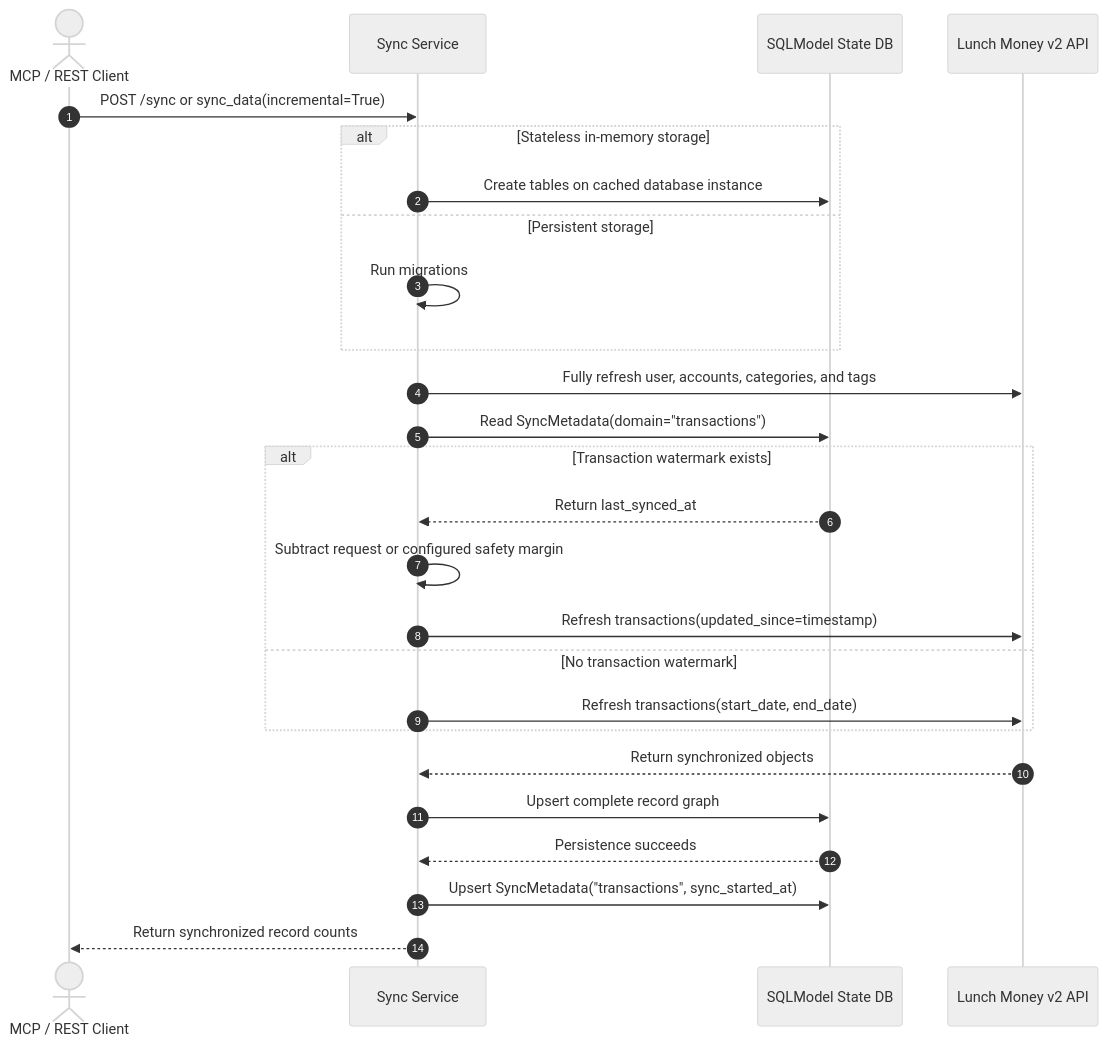
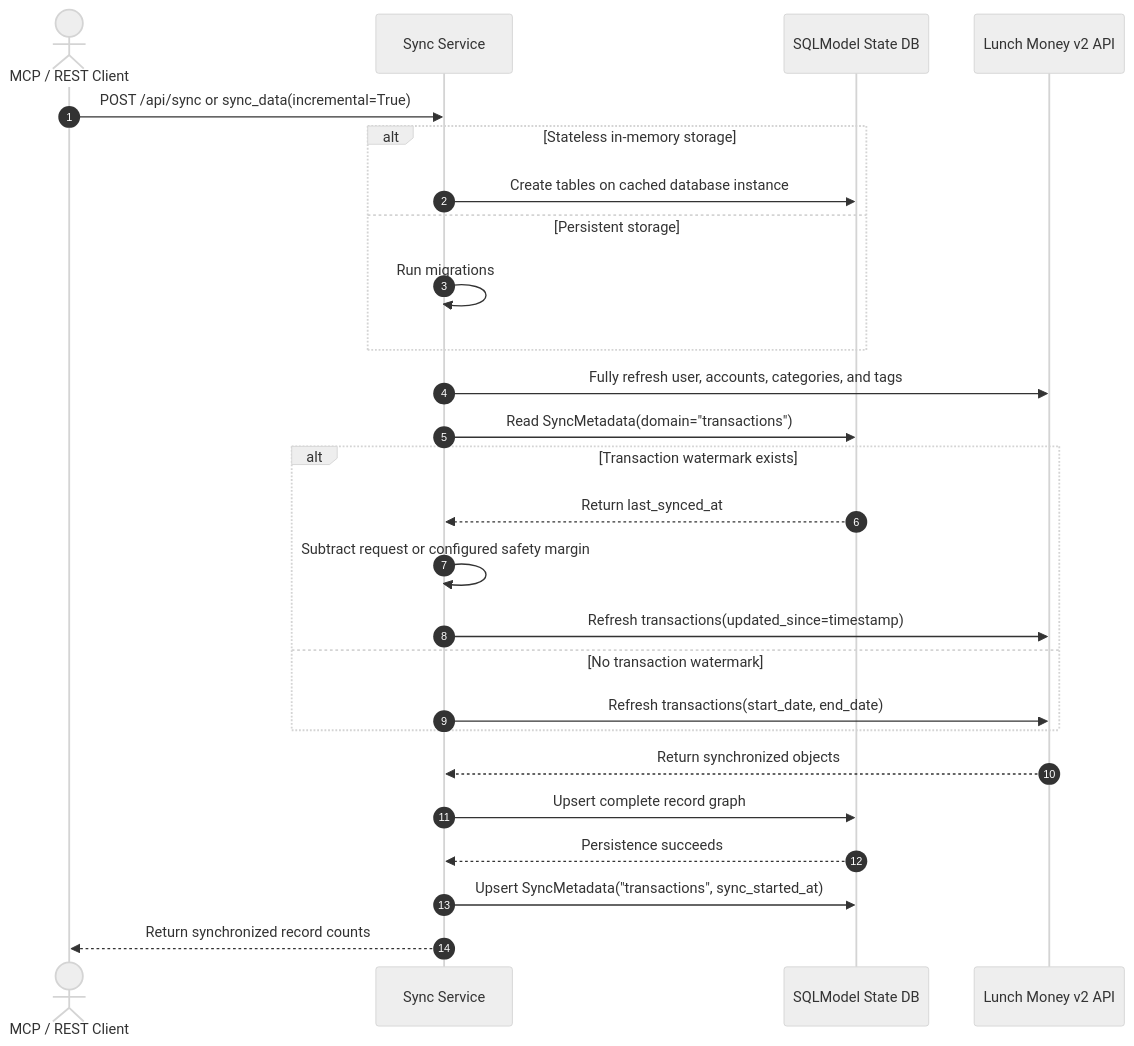
The diagram in docs/INCREMENTAL_ETL.md (juftin/lunchmoney-app), drawn with Mermaid (neutral theme) before and after one commit. The commit also changed other lines of this file and 17 other files, not shown here.

````diff
--- a/docs/INCREMENTAL_ETL.md
+++ b/docs/INCREMENTAL_ETL.md
@@ -41,30 +41,30 @@
 ```mermaid
 sequenceDiagram
     autonumber
     actor Client as MCP / REST Client
     participant Service as Sync Service
     participant DB as SQLModel State DB
     participant API as Lunch Money v2 API
 
-    Client->>Service: POST /sync or sync_data(incremental=True)
+    Client->>Service: POST /api/sync or sync_data(incremental=True)
     alt Stateless in-memory storage
         Service->>DB: Create tables on cached database instance
     else Persistent storage
         Service->>Service: Run migrations
     end
     Service->>API: Fully refresh user, accounts, categories, and tags
     Service->>DB: Read SyncMetadata(domain="transactions")
     alt Transaction watermark exists
         DB-->>Service: Return last_synced_at
         Service->>Service: Subtract request or configured safety margin
         Service->>API: Refresh transactions(updated_since=timestamp)
     else No transaction watermark
         Service->>API: Refresh transactions(start_date, end_date)
     end
 
     API-->>Service: Return synchronized objects
     Service->>DB: Upsert complete record graph
     DB-->>Service: Persistence succeeds
     Service->>DB: Upsert SyncMetadata("transactions", sync_started_at)
     Service-->>Client: Return synchronized record counts
 ```
````
